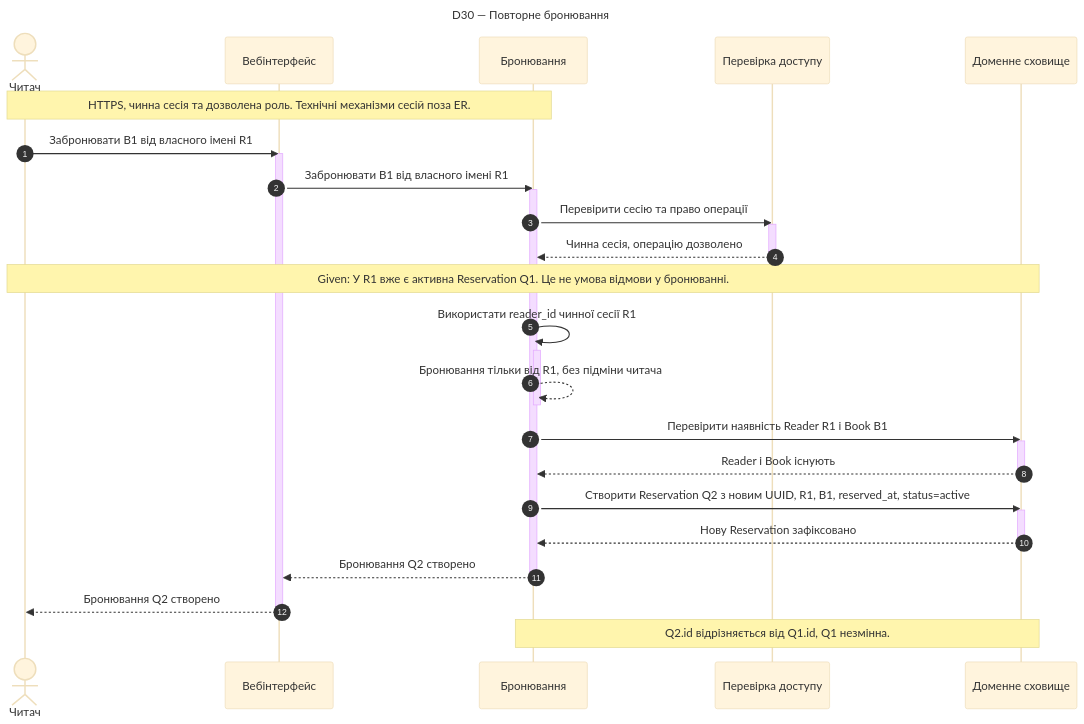
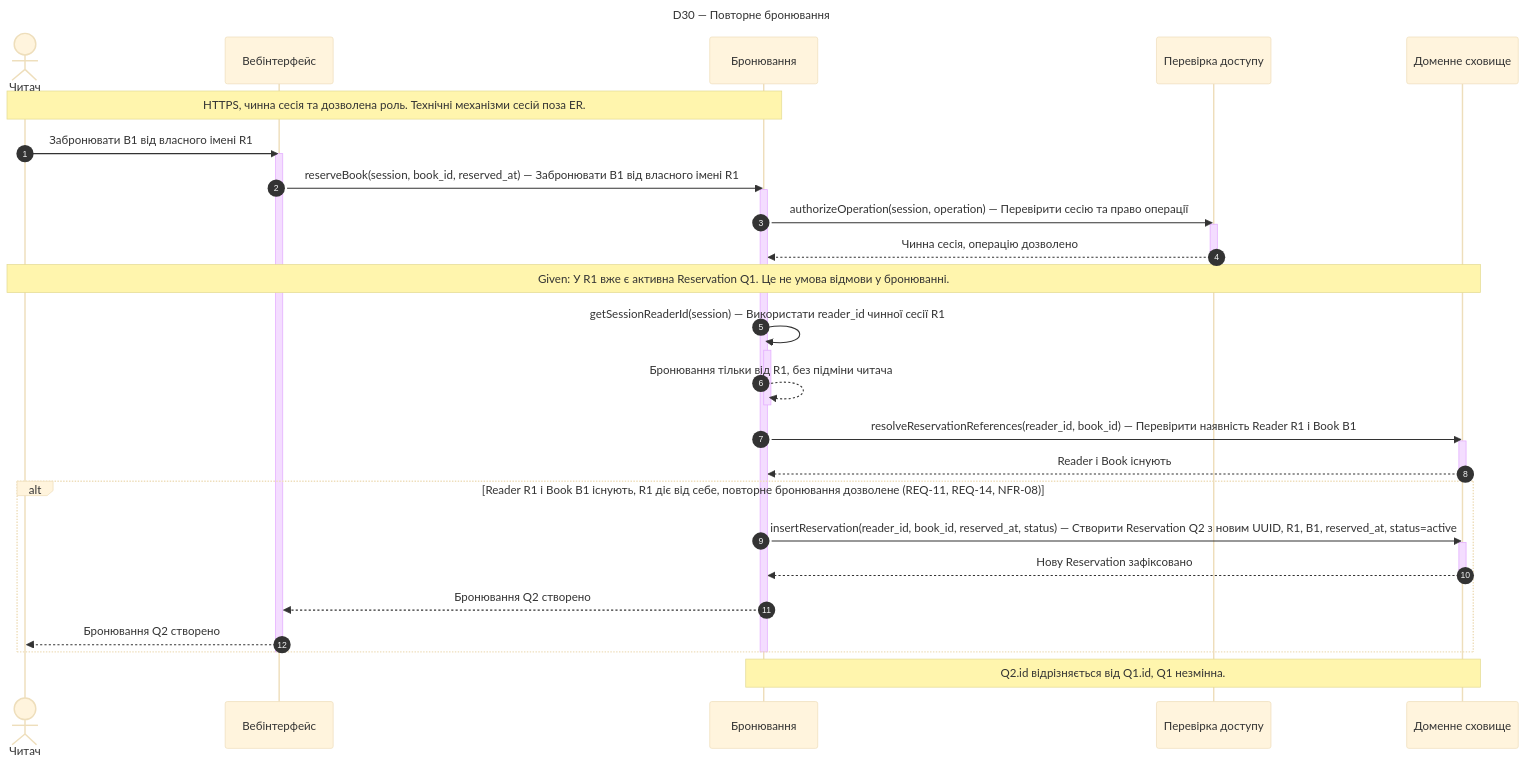
One commit to the1nurz/mavpz changed the diagram in lab3/diagrams/uc-09-reserve-again.mmd. Above: the diagram before and after it, drawn with Mermaid (base theme). The commit also changed 61 other files, not shown here.

Commit message:
fix(lab3): improve sequence diagram fragments and messages

```diff
--- a/lab3/diagrams/uc-09-reserve-again.mmd
+++ b/lab3/diagrams/uc-09-reserve-again.mmd
@@ -1,37 +1,39 @@
 sequenceDiagram
     autonumber
     %% D30 | UC-09 | SC-16; єдиний
     %% REQ-14 | NFR-05, NFR-07, NFR-08, NFR-09, NFR-10, NFR-11
     title D30 — Повторне бронювання
     actor A as Читач
     participant UI as Вебінтерфейс
     participant S as Бронювання
     participant Access as Перевірка доступу
     participant Store as Доменне сховище
     Note over A,S: HTTPS, чинна сесія та дозволена роль. Технічні механізми сесій поза ER.
     A->>UI: Забронювати B1 від власного імені R1
     activate UI
-    UI->>S: Забронювати B1 від власного імені R1
+    UI->>S: reserveBook(session, book_id, reserved_at) — Забронювати B1 від власного імені R1
     activate S
-    S->>Access: Перевірити сесію та право операції
+    S->>Access: authorizeOperation(session, operation) — Перевірити сесію та право операції
     activate Access
     Access-->>S: Чинна сесія, операцію дозволено
     deactivate Access
     Note over A,Store: Given: У R1 вже є активна Reservation Q1. Це не умова відмови у бронюванні.
-    S->>S: Використати reader_id чинної сесії R1
+    S->>S: getSessionReaderId(session) — Використати reader_id чинної сесії R1
     activate S
     S-->>S: Бронювання тільки від R1, без підміни читача
     deactivate S
-    S->>Store: Перевірити наявність Reader R1 і Book B1
+    S->>Store: resolveReservationReferences(reader_id, book_id) — Перевірити наявність Reader R1 і Book B1
     activate Store
     Store-->>S: Reader і Book існують
     deactivate Store
-    S->>Store: Створити Reservation Q2 з новим UUID, R1, B1, reserved_at, status=active
+    alt Reader R1 і Book B1 існують, R1 діє від себе, повторне бронювання дозволене (REQ-11, REQ-14, NFR-08)
+    S->>Store: insertReservation(reader_id, book_id, reserved_at, status) — Створити Reservation Q2 з новим UUID, R1, B1, reserved_at, status=active
     activate Store
     Store-->>S: Нову Reservation зафіксовано
     deactivate Store
     S-->>UI: Бронювання Q2 створено
+    UI-->>A: Бронювання Q2 створено
+    end
     deactivate S
-    UI-->>A: Бронювання Q2 створено
     deactivate UI
     Note over S,Store: Q2.id відрізняється від Q1.id, Q1 незмінна.
```
